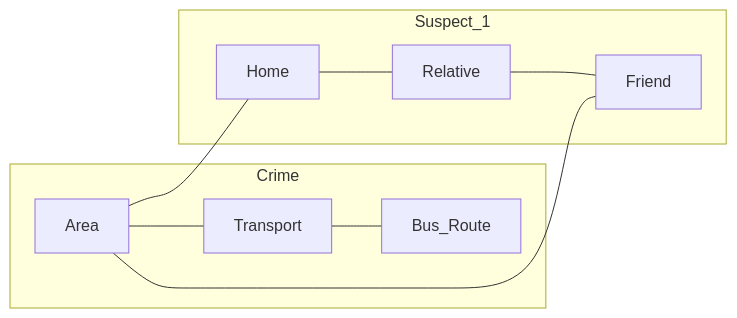
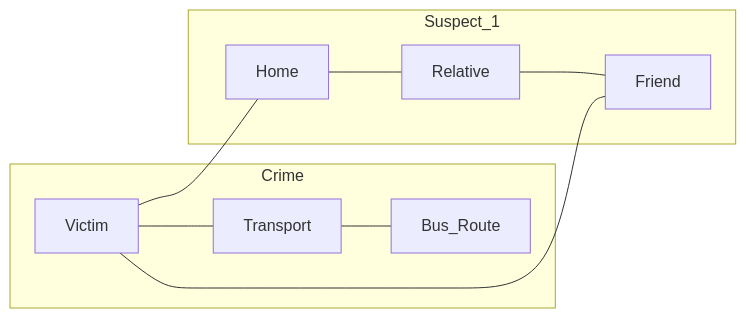
Before and after one commit to stephenboothuk/Mermaid: the diagram in README.md, drawn with Mermaid.

````diff
--- a/README.md
+++ b/README.md
@@ -4,17 +4,17 @@
 ```mermaid
 
   graph LR
    subgraph Crime
-   Area --- Transport
+   Victim --- Transport
    Transport --- Bus_Route
    end
   
    subgraph Suspect_1
    Home --- Relative
    Relative --- Friend
    end
   
-   Area --- Home
-   Area --- Friend
+   Victim --- Home
+   Victim --- Friend
 
 ```
````
